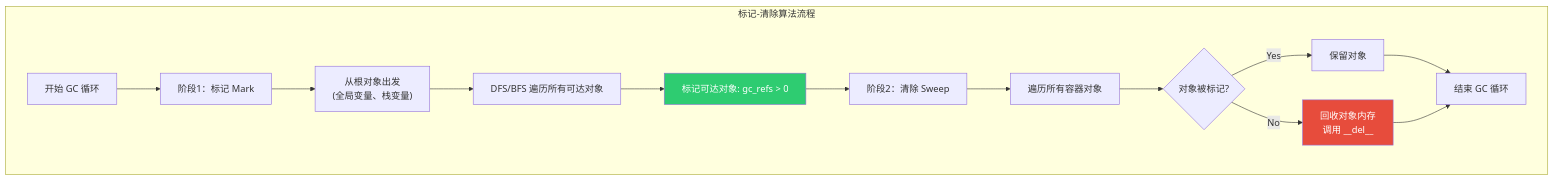
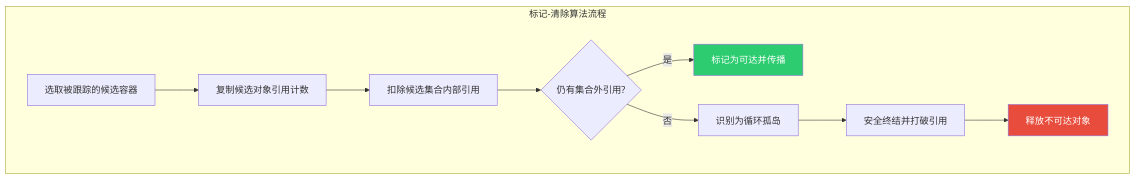
Before and after one commit to BeefWrap4/LLM-Knowledge-Base: the sixth of 8 diagrams in 06_Python内存管理与垃圾回收.md, drawn with Mermaid. The commit also changed other lines of this file and 454 other files, not shown here.

````diff
--- a/06_Python内存管理与垃圾回收.md
+++ b/06_Python内存管理与垃圾回收.md
@@ -280,21 +295,15 @@
 ```mermaid
 flowchart TD
     subgraph "标记-清除算法流程"
-        A[开始 GC 循环] --> B[阶段1：标记 Mark]
-        
-        B --> C["从根对象出发<br/>(全局变量、栈变量)"]
-        C --> D["DFS/BFS 遍历所有可达对象"]
-        D --> E["标记可达对象: gc_refs > 0"]
-        
-        E --> F[阶段2：清除 Sweep]
-        F --> G["遍历所有容器对象"]
-        G --> H{对象被标记?}
-        H -->|Yes| I[保留对象]
-        H -->|No| J["回收对象内存<br/>调用 __del__"]
-        
-        I & J --> K[结束 GC 循环]
+        A[选取被跟踪的候选容器] --> B[复制候选对象引用计数]
+        B --> C[扣除候选集合内部引用]
+        C --> D{仍有集合外引用?}
+        D -->|是| E[标记为可达并传播]
+        D -->|否| F[识别为循环孤岛]
+        F --> G[安全终结并打破引用]
+        G --> H[释放不可达对象]
     end
     
     style E fill:#2ecc71,color:#fff
-    style J fill:#e74c3c,color:#fff
+    style H fill:#e74c3c,color:#fff
 ```
````
